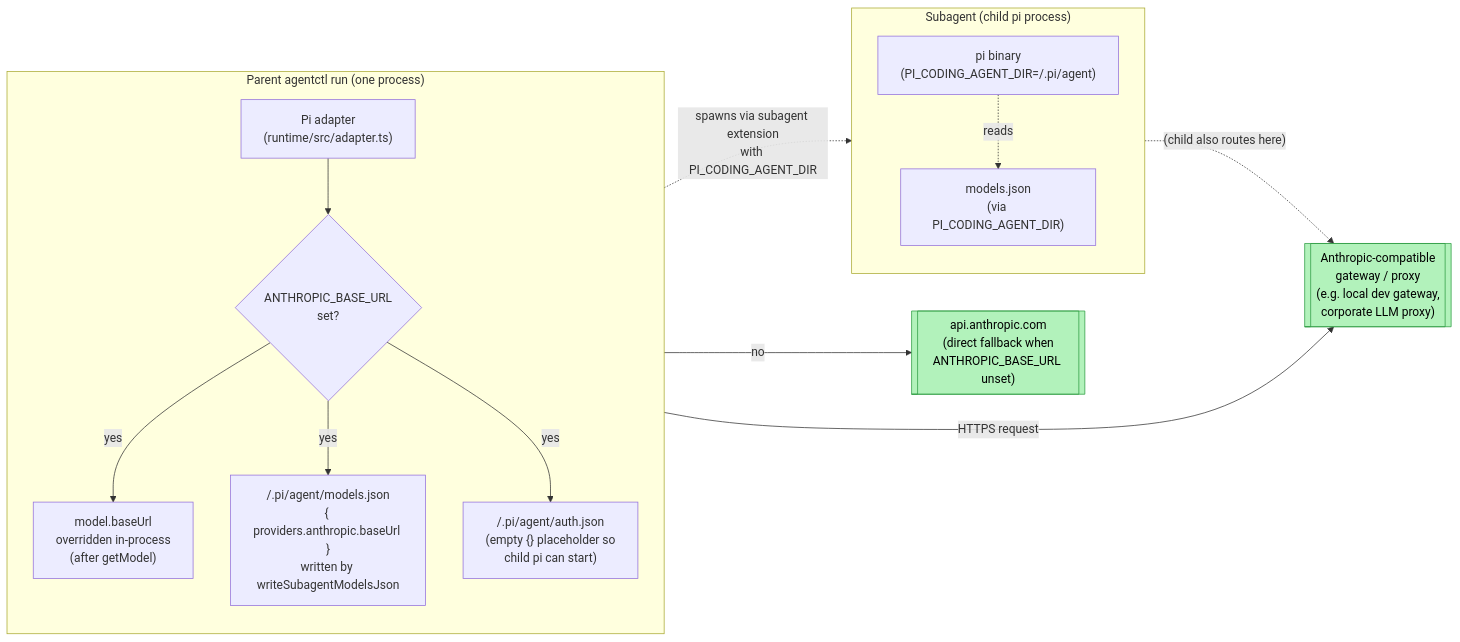
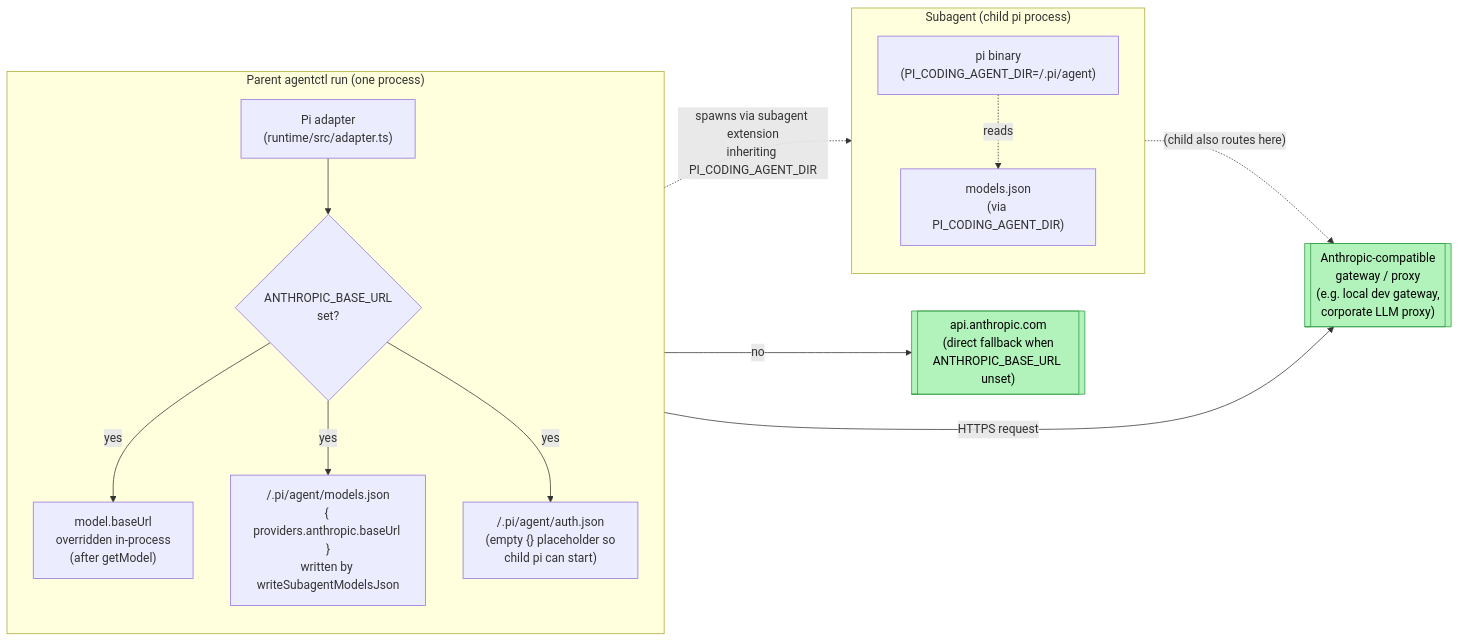
Before and after one commit to CCDevelopForFun/agent-controller: the third of 3 diagrams in docs/architecture/overview.md, drawn with Mermaid. The commit also changed other lines of this file and 11 other files, not shown here.

````diff
--- a/docs/architecture/overview.md
+++ b/docs/architecture/overview.md
@@ -184,33 +184,33 @@
 ```mermaid
 flowchart LR
     subgraph parent["Parent agentctl run (one process)"]
         direction TB
         adapter["Pi adapter<br/>(runtime/src/adapter.ts)"]
         envcheck{"ANTHROPIC_BASE_URL<br/>set?"}
         modelobj["model.baseUrl<br/>overridden in-process<br/>(after getModel)"]
         models["<cwd>/.pi/agent/models.json<br/>{ providers.anthropic.baseUrl }<br/>written by writeSubagentModelsJson"]
         authfile["<cwd>/.pi/agent/auth.json<br/>(empty {} placeholder so<br/>child pi can start)"]
         adapter --> envcheck
         envcheck -- "yes" --> modelobj
         envcheck -- "yes" --> models
         envcheck -- "yes" --> authfile
     end
 
     subgraph subagent["Subagent (child pi process)"]
         direction TB
         childpi["pi binary<br/>(PI_CODING_AGENT_DIR=<cwd>/.pi/agent)"]
         childpi -. "reads" .-> models2["models.json<br/>(via PI_CODING_AGENT_DIR)"]
     end
 
-    parent -. "spawns via subagent extension<br/>with PI_CODING_AGENT_DIR" .-> subagent
+    parent -. "spawns via subagent extension<br/>inheriting PI_CODING_AGENT_DIR" .-> subagent
 
     gateway[["Anthropic-compatible<br/>gateway / proxy<br/>(e.g. local dev gateway,<br/>corporate LLM proxy)"]]
     anthropic[["api.anthropic.com<br/>(direct fallback when<br/>ANTHROPIC_BASE_URL unset)"]]
 
     modelobj -- "HTTPS request" --> gateway
     models2 -. "(child also routes here)" .-> gateway
     envcheck -- "no" --> anthropic
 
     classDef external fill:#b2f2bb,stroke:#2f9e44,stroke-width:1px,color:#000
     class gateway,anthropic external
 ```
````
